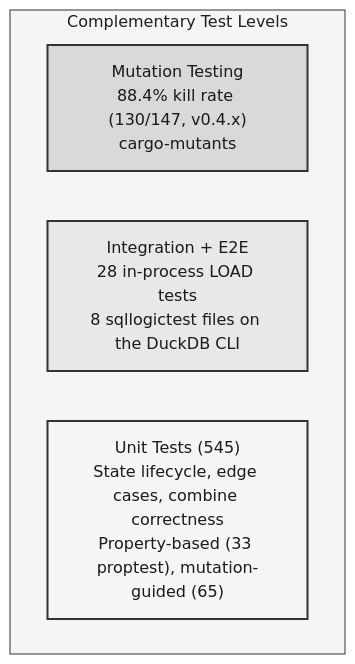
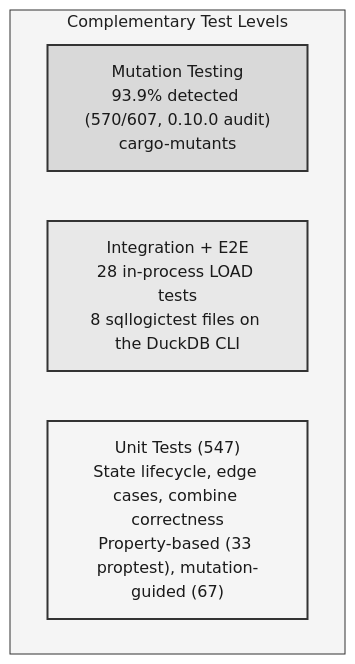
One commit to tomtom215/duckdb-behavioral changed the second of 4 diagrams in docs/src/engineering.md. Above: the diagram before and after it, drawn with Mermaid. The commit also changed other lines of this file and 10 other files, not shown here.

First line of the commit message:
Mutation testing: close the is_candidate gap; record measured figures

````diff
--- a/docs/src/engineering.md
+++ b/docs/src/engineering.md
@@ -161,13 +161,13 @@
 ```mermaid
 %%{init: {'theme': 'base', 'themeVariables': {'primaryColor': '#ffffff', 'primaryTextColor': '#1a1a1a', 'primaryBorderColor': '#333333', 'lineColor': '#333333', 'secondaryColor': '#f5f5f5', 'tertiaryColor': '#e0e0e0', 'textColor': '#1a1a1a', 'clusterBkg': '#f5f5f5', 'clusterBorder': '#333333'}}}%%
 graph TB
     subgraph "Complementary Test Levels"
-        L3["Mutation Testing<br/>88.4% kill rate (130/147, v0.4.x)<br/>cargo-mutants"]
+        L3["Mutation Testing<br/>93.9% detected (570/607, 0.10.0 audit)<br/>cargo-mutants"]
         L2["Integration + E2E<br/>28 in-process LOAD tests<br/>8 sqllogictest files on the DuckDB CLI"]
-        L1["Unit Tests (545)<br/>State lifecycle, edge cases, combine correctness<br/>Property-based (33 proptest), mutation-guided (65)"]
+        L1["Unit Tests (547)<br/>State lifecycle, edge cases, combine correctness<br/>Property-based (33 proptest), mutation-guided (67)"]
     end
 
     style L1 fill:#f5f5f5,stroke:#333333,stroke-width:2px,color:#1a1a1a
     style L2 fill:#e8e8e8,stroke:#333333,stroke-width:2px,color:#1a1a1a
     style L3 fill:#d9d9d9,stroke:#333333,stroke-width:2px,color:#1a1a1a
 ```
````
